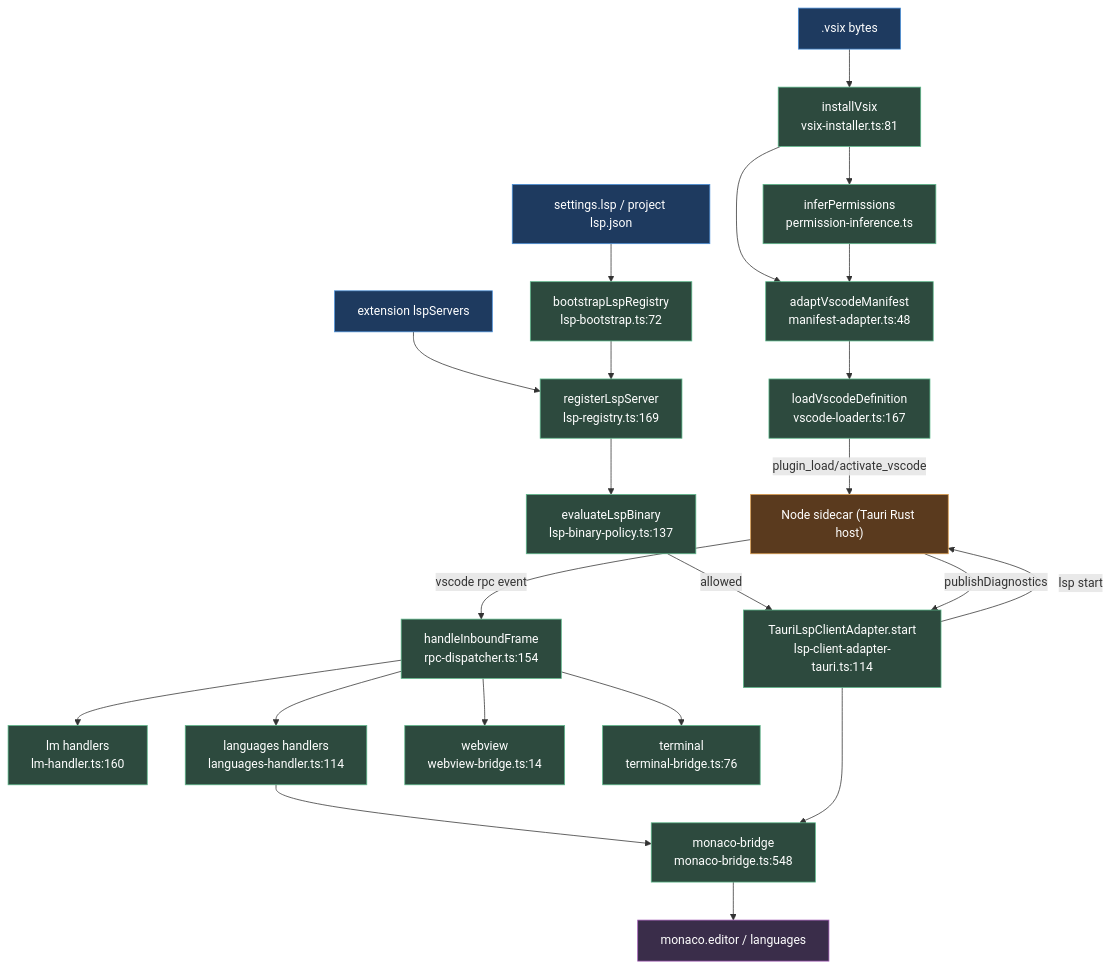
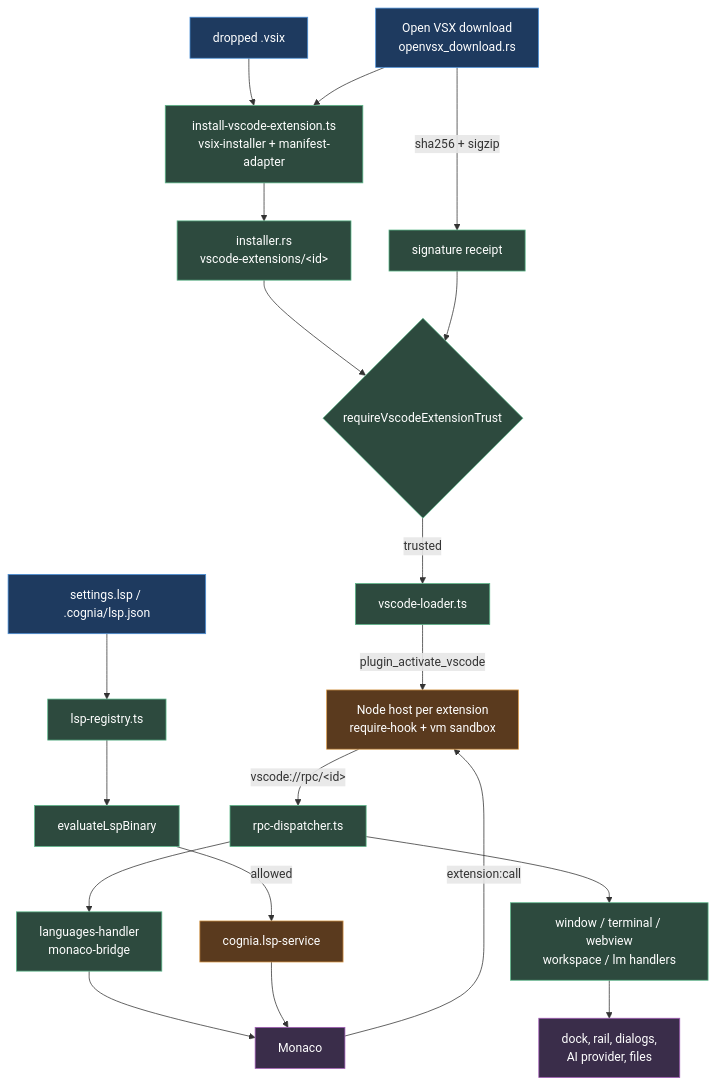
Before and after one commit to MaxQian888/cognia-next: the diagram in docs/content/docs/en/subsystems/plugin-system/vscode-and-lsp.mdx, drawn with Mermaid. The commit also changed other lines of this file and 10 other files, not shown here.

First line of the commit message:
docs(plugins): document VS Code extensions as they run now, test a languageclient extension

````diff
--- a/docs/content/docs/en/subsystems/plugin-system/vscode-and-lsp.mdx
+++ b/docs/content/docs/en/subsystems/plugin-system/vscode-and-lsp.mdx
@@ -167,33 +155,30 @@
 ```mermaid
 graph TD
-  VSIX[".vsix bytes"] --> INST["installVsix<br/>vsix-installer.ts:81"]
-  INST --> INFER["inferPermissions<br/>permission-inference.ts"]
-  INST --> ADAPT["adaptVscodeManifest<br/>manifest-adapter.ts:48"]
-  INFER --> ADAPT
-  ADAPT --> LOAD["loadVscodeDefinition<br/>vscode-loader.ts:167"]
-  LOAD --"plugin_load/activate_vscode"--> SIDE["Node sidecar (Tauri Rust host)"]
-  SIDE --"vscode rpc event"--> DISP["handleInboundFrame<br/>rpc-dispatcher.ts:154"]
-  DISP --> LM["lm handlers<br/>lm-handler.ts:160"]
-  DISP --> LANG["languages handlers<br/>languages-handler.ts:114"]
-  DISP --> WV["webview<br/>webview-bridge.ts:14"]
-  DISP --> TERM["terminal<br/>terminal-bridge.ts:76"]
-  LANG --> MON["monaco-bridge<br/>monaco-bridge.ts:548"]
-  MON --> MONACO["monaco.editor / languages"]
-  EXT["extension lspServers"] --> REG["registerLspServer<br/>lsp-registry.ts:169"]
-  USER["settings.lsp / project lsp.json"] --> BOOT["bootstrapLspRegistry<br/>lsp-bootstrap.ts:72"]
-  BOOT --> REG
-  REG --> POL["evaluateLspBinary<br/>lsp-binary-policy.ts:137"]
-  POL --"allowed"--> TAU["TauriLspClientAdapter.start<br/>lsp-client-adapter-tauri.ts:114"]
-  TAU --"lsp start"--> SIDE
-  SIDE --"publishDiagnostics"--> TAU
-  TAU --> MON
+  OVSX["Open VSX download<br/>openvsx_download.rs"] --"sha256 + sigzip"--> RECEIPT["signature receipt"]
+  DROP["dropped .vsix"] --> INSTALL
+  OVSX --> INSTALL["install-vscode-extension.ts<br/>vsix-installer + manifest-adapter"]
+  INSTALL --> RUST["installer.rs<br/>vscode-extensions/&lt;id&gt;"]
+  RUST --> TRUST{"requireVscodeExtensionTrust"}
+  RECEIPT --> TRUST
+  TRUST --"trusted"--> LOAD["vscode-loader.ts"]
+  LOAD --"plugin_activate_vscode"--> HOST["Node host per extension<br/>require-hook + vm sandbox"]
+  HOST --"vscode://rpc/&lt;id&gt;"--> DISP["rpc-dispatcher.ts"]
+  DISP --> LANG["languages-handler<br/>monaco-bridge"]
+  DISP --> WIN["window / terminal / webview<br/>workspace / lm handlers"]
+  LANG --> MONACO["Monaco"]
+  MONACO --"extension:call"--> HOST
+  WIN --> APP["dock, rail, dialogs,<br/>AI provider, files"]
+  SETTINGS["settings.lsp / .cognia/lsp.json"] --> REG["lsp-registry.ts"]
+  REG --> POL["evaluateLspBinary"]
+  POL --"allowed"--> LSP["cognia.lsp-service"]
+  LSP --> MONACO
 
   classDef entry fill:#1e3a5f,stroke:#4a90d9,color:#fff
   classDef bridge fill:#2d4a3e,stroke:#5cb88a,color:#fff
   classDef sidecar fill:#5a3a1e,stroke:#d99a4a,color:#fff
   classDef sink fill:#3a2d4a,stroke:#a45cb8,color:#fff
-  class VSIX,USER,EXT entry
-  class INST,INFER,ADAPT,LOAD,DISP,LM,LANG,WV,TERM,MON,REG,BOOT,POL,TAU bridge
-  class SIDE sidecar
-  class MONACO sink
+  class OVSX,DROP,SETTINGS entry
+  class INSTALL,RUST,TRUST,LOAD,DISP,LANG,WIN,REG,POL,RECEIPT bridge
+  class HOST,LSP sidecar
+  class MONACO,APP sink
 ```
````
